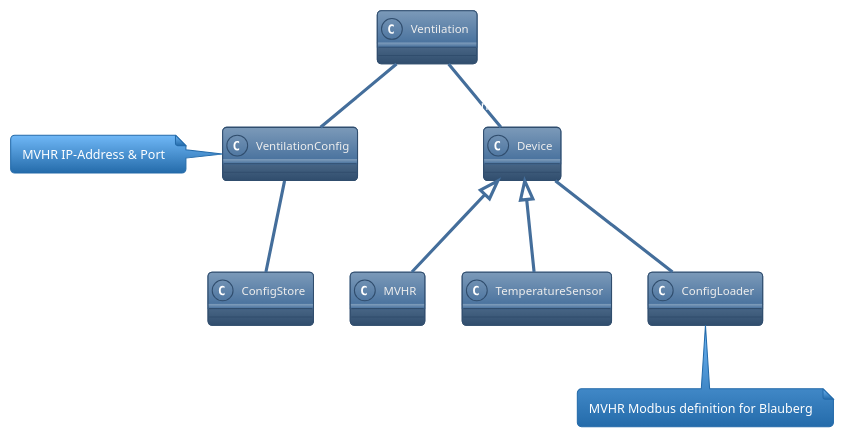
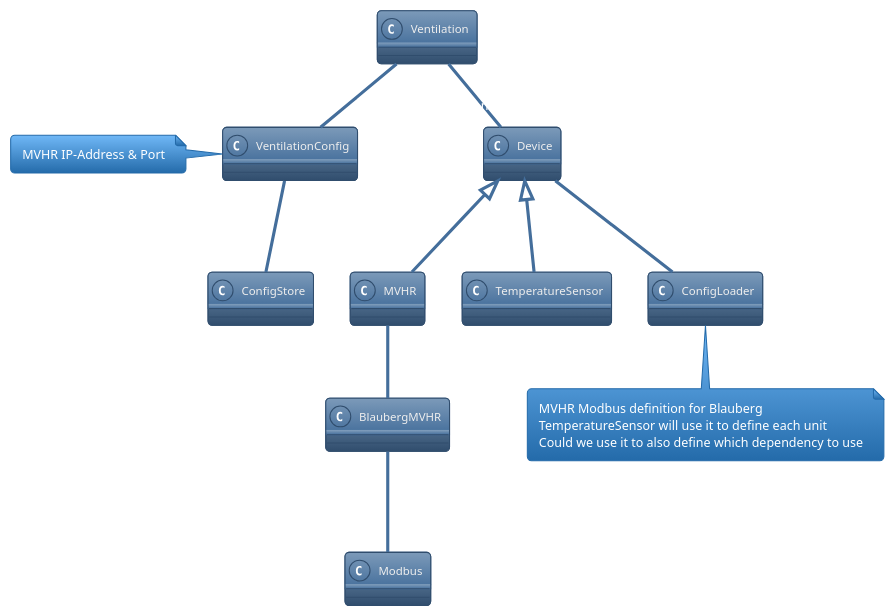
One commit to OODesigns/universal-control-hub changed the diagram in designs/Ventilation Domain.puml. Above: the diagram before and after it, drawn with PlantUML. The commit also changed 17 other files, not shown here.

Commit message:
Removed Modbus from MVHR and renamed a few class to make them more appropriate to their rolls

```diff
--- a/designs/Ventilation Domain.puml
+++ b/designs/Ventilation Domain.puml
@@ -1,32 +1,40 @@
 @startuml
 'https://plantuml.com/class-diagram
 !theme spacelab
 
 class Ventilation {}
 
 class MVHR {}
 
 class TemperatureSensor{}
 
+class BlaubergMVHR{}
+
+class Modbus{}
+
 class Device{}
 
 class ConfigStore{}
 
 class ConfigLoader{}
 note bottom
  MVHR Modbus definition for Blauberg
+ TemperatureSensor will use it to define each unit
+ Could we use it to also define which dependency to use
 end note
 
 class VentilationConfig
 note left
  MVHR IP-Address & Port
 end note
 
 VentilationConfig "1"-- "1" ConfigStore
 Ventilation "1"--VentilationConfig
+BlaubergMVHR "1" -- "1" Modbus: uses to connect to actual unit
+MVHR "1" -- "1" BlaubergMVHR
 Device <|-- MVHR
 Device <|-- TemperatureSensor
 Device "1" -- "1" ConfigLoader: uses it to define device
 Ventilation "1"--"1..n" Device
 
 @enduml
```
